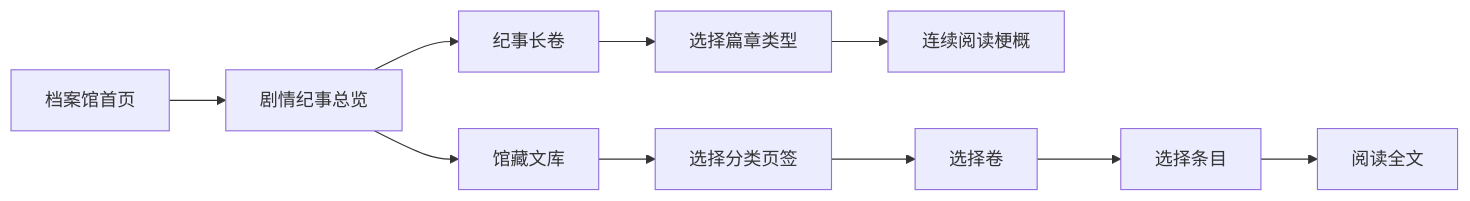
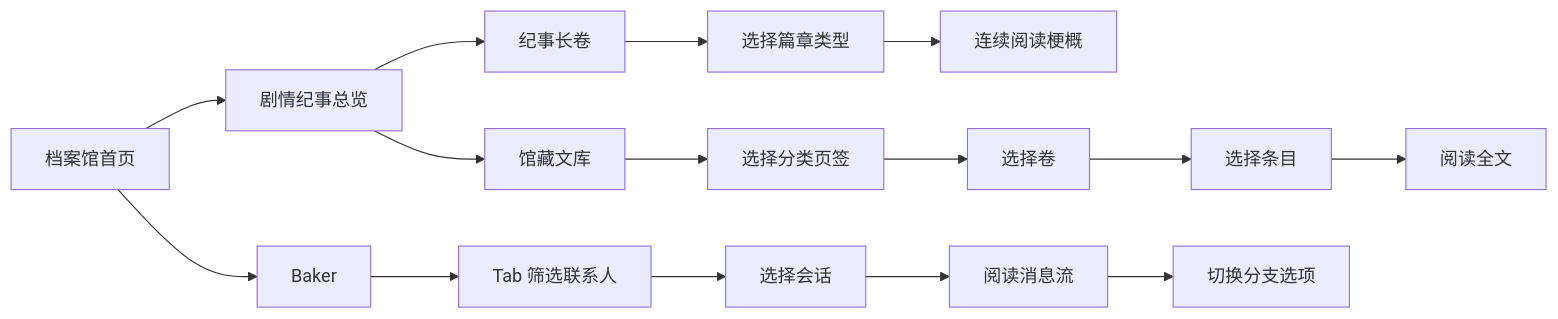
The second of 2 diagrams in docs/product/draft/20260730-story-chronicle.md (Deliay/hongshan-archives-bureau), drawn with Mermaid before and after one commit. The commit also changed other lines of this file and 1 other file, not shown here.

Commit message:
docs: 剧情纪事方案 v1.1 — 新增 Baker 聊天终端模块（review 意见）

````diff
--- a/docs/product/draft/20260730-story-chronicle.md
+++ b/docs/product/draft/20260730-story-chronicle.md
@@ -133,12 +156,17 @@
 ```mermaid
 flowchart LR
     A[档案馆首页] --> B[剧情纪事总览]
+    A --> E[Baker]
     B --> C[纪事长卷]
     B --> D[馆藏文库]
     C --> C1[选择篇章类型]
     C1 --> C2[连续阅读梗概]
     D --> D1[选择分类页签]
     D1 --> D2[选择卷]
     D2 --> D3[选择条目]
     D3 --> D4[阅读全文]
+    E --> E1[Tab 筛选联系人]
+    E1 --> E2[选择会话]
+    E2 --> E3[阅读消息流]
+    E3 --> E4[切换分支选项]
 ```
````
